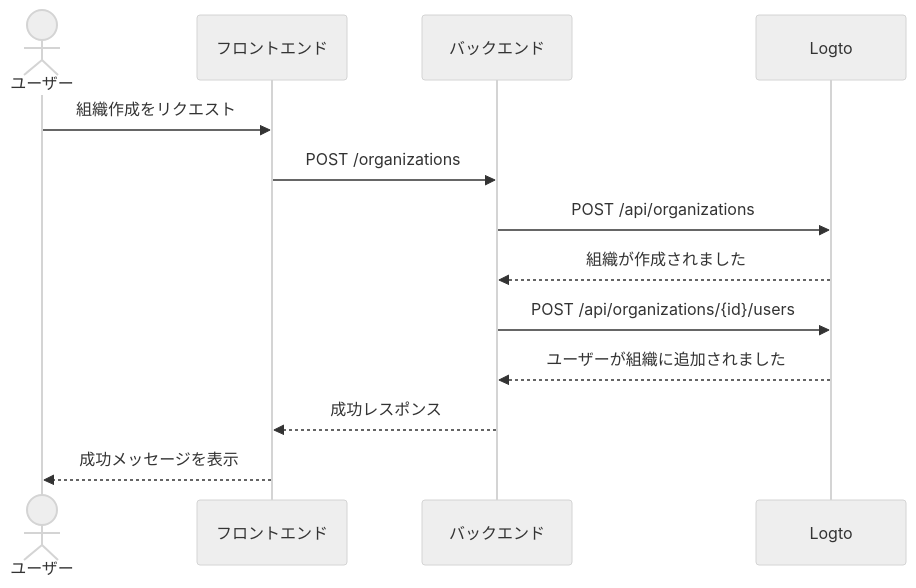
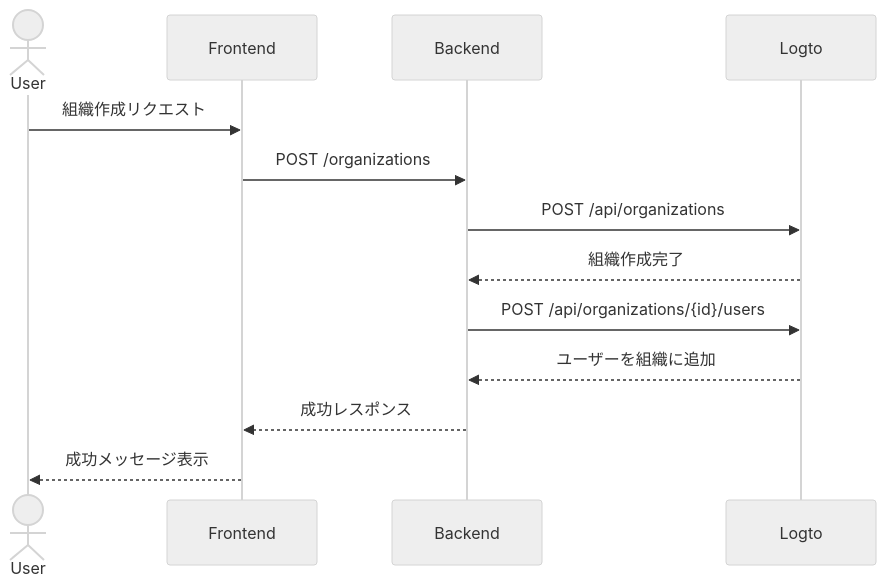
One commit to logto-io/docs changed the diagram in i18n/ja/docusaurus-plugin-content-docs/current/end-user-flows/organization-experience/README.mdx. Above: the diagram before and after it, drawn with Mermaid (neutral theme). The commit also changed other lines of this file and 19 other files, not shown here.

````diff
--- a/i18n/ja/docusaurus-plugin-content-docs/current/end-user-flows/organization-experience/README.mdx
+++ b/i18n/ja/docusaurus-plugin-content-docs/current/end-user-flows/organization-experience/README.mdx
@@ -31,16 +31,16 @@
 ```mermaid
 sequenceDiagram
-  actor ユーザー
-  participant フロントエンド
-  participant バックエンド
+  actor User
+  participant Frontend
+  participant Backend
   participant Logto
 
-  ユーザー->>フロントエンド: 組織作成をリクエスト
-  フロントエンド->>バックエンド: POST /organizations
-  バックエンド->>Logto: POST /api/organizations
-  Logto-->>バックエンド: 組織が作成されました
-  バックエンド->>Logto: POST /api/organizations/{id}/users
-  Logto-->>バックエンド: ユーザーが組織に追加されました
-  バックエンド-->>フロントエンド: 成功レスポンス
-  フロントエンド-->>ユーザー: 成功メッセージを表示
+  User->>Frontend: 組織作成リクエスト
+  Frontend->>Backend: POST /organizations
+  Backend->>Logto: POST /api/organizations
+  Logto-->>Backend: 組織作成完了
+  Backend->>Logto: POST /api/organizations/{id}/users
+  Logto-->>Backend: ユーザーを組織に追加
+  Backend-->>Frontend: 成功レスポンス
+  Frontend-->>User: 成功メッセージ表示
 ```
````
